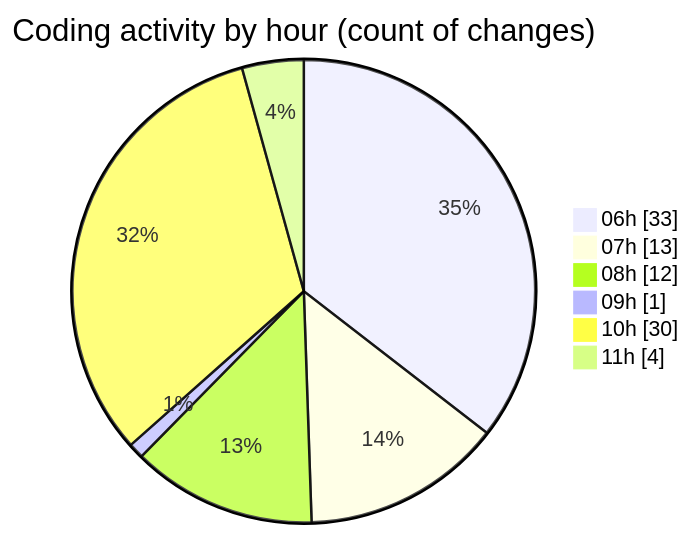
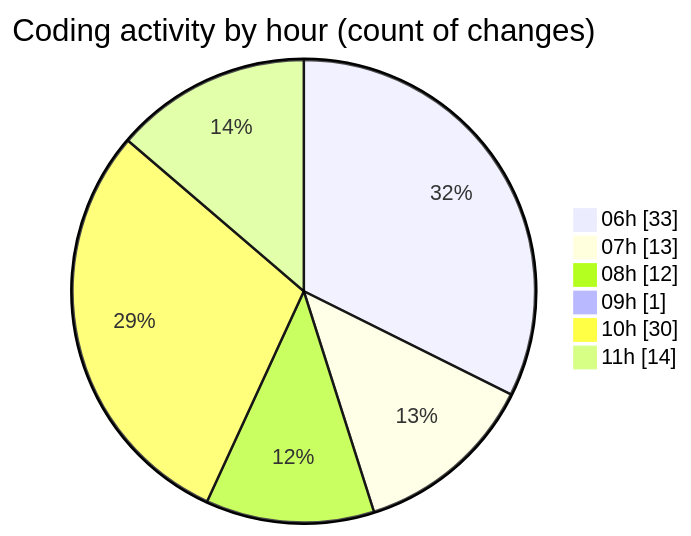
The second of 2 diagrams in 2025-02-21/micros/README.md (charlie-sans/code-tracking), drawn with Mermaid before and after one commit. The commit also changed other lines of this file and 1 other file, not shown here.

````diff
--- a/2025-02-21/micros/README.md
+++ b/2025-02-21/micros/README.md
@@ -77,10 +81,10 @@
 ```mermaid
 pie showData
 title Coding activity by hour (count of changes)
 "06h" : 33
 "07h" : 13
 "08h" : 12
 "09h" : 1
 "10h" : 30
-"11h" : 4
+"11h" : 14
 ```
````
